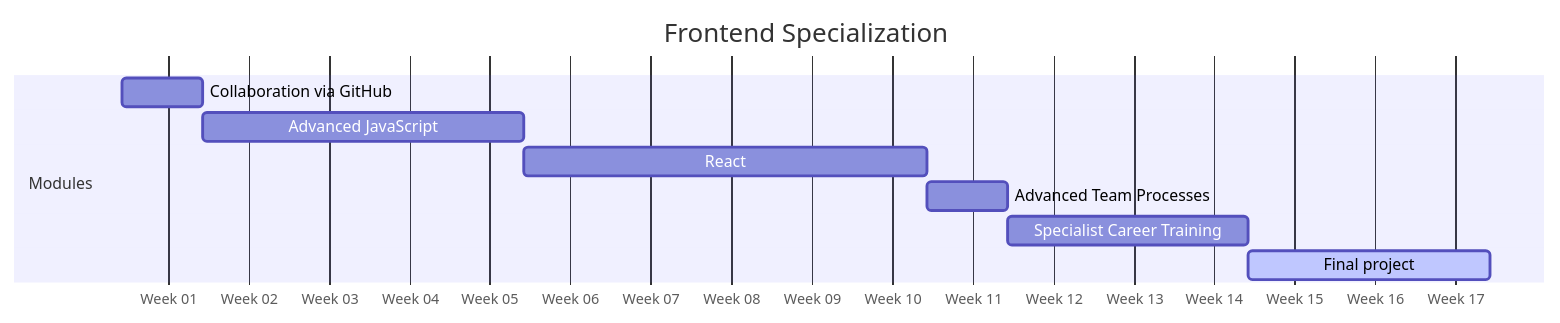
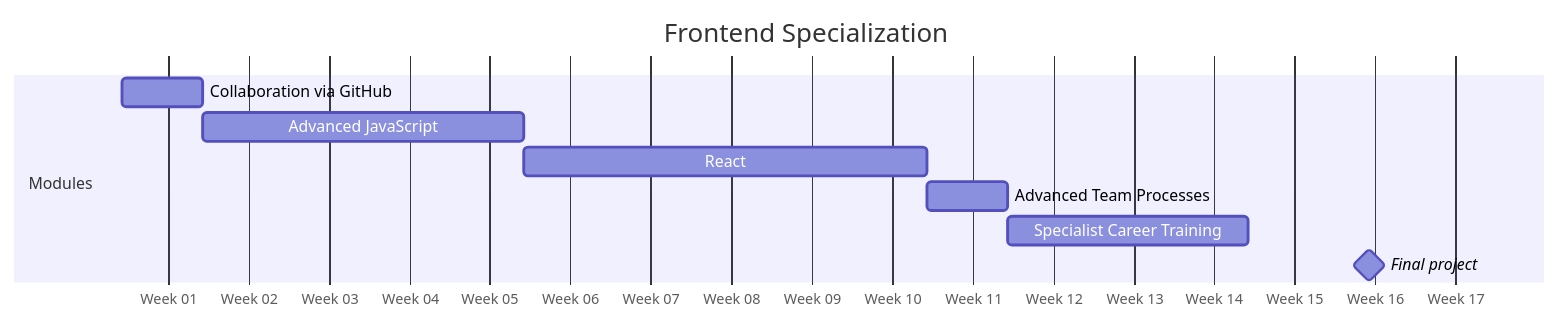
One commit to HackYourFuture-CPH/program changed the diagram in courses/Frontend/README.md. Above: the diagram before and after it, drawn with Mermaid.

````diff
--- a/courses/Frontend/README.md
+++ b/courses/Frontend/README.md
@@ -8,14 +8,14 @@
 ```mermaid
 gantt
     title Frontend Specialization
     dateFormat  YYYY-MM-DD
     axisFormat  Week %U
 
     section Modules
     Collaboration via GitHub    :a1, 2025-01-01, 1w
     Advanced JavaScript         :a2, after a1, 4w
     React                       :a3, after a2, 5w
     Advanced Team Processes     :a4, after a3, 1w
     Specialist Career Training  :a5, after a4, 3w
-    Final project               :active, a6, after a5, 3w
+    Final project               :milestone, a6, after a5, 3w
 ```
````
